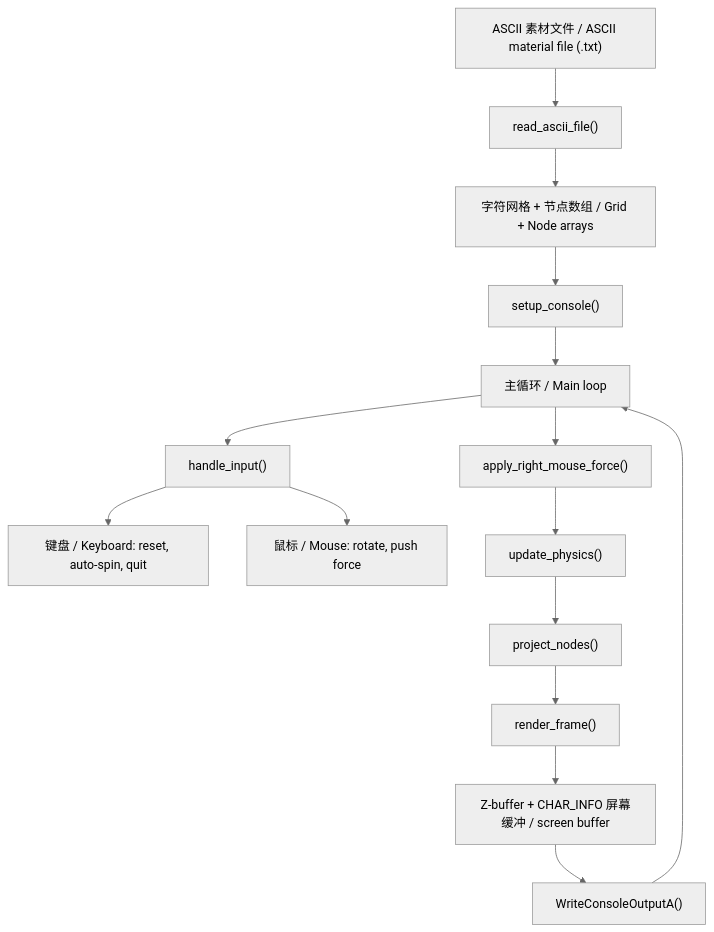
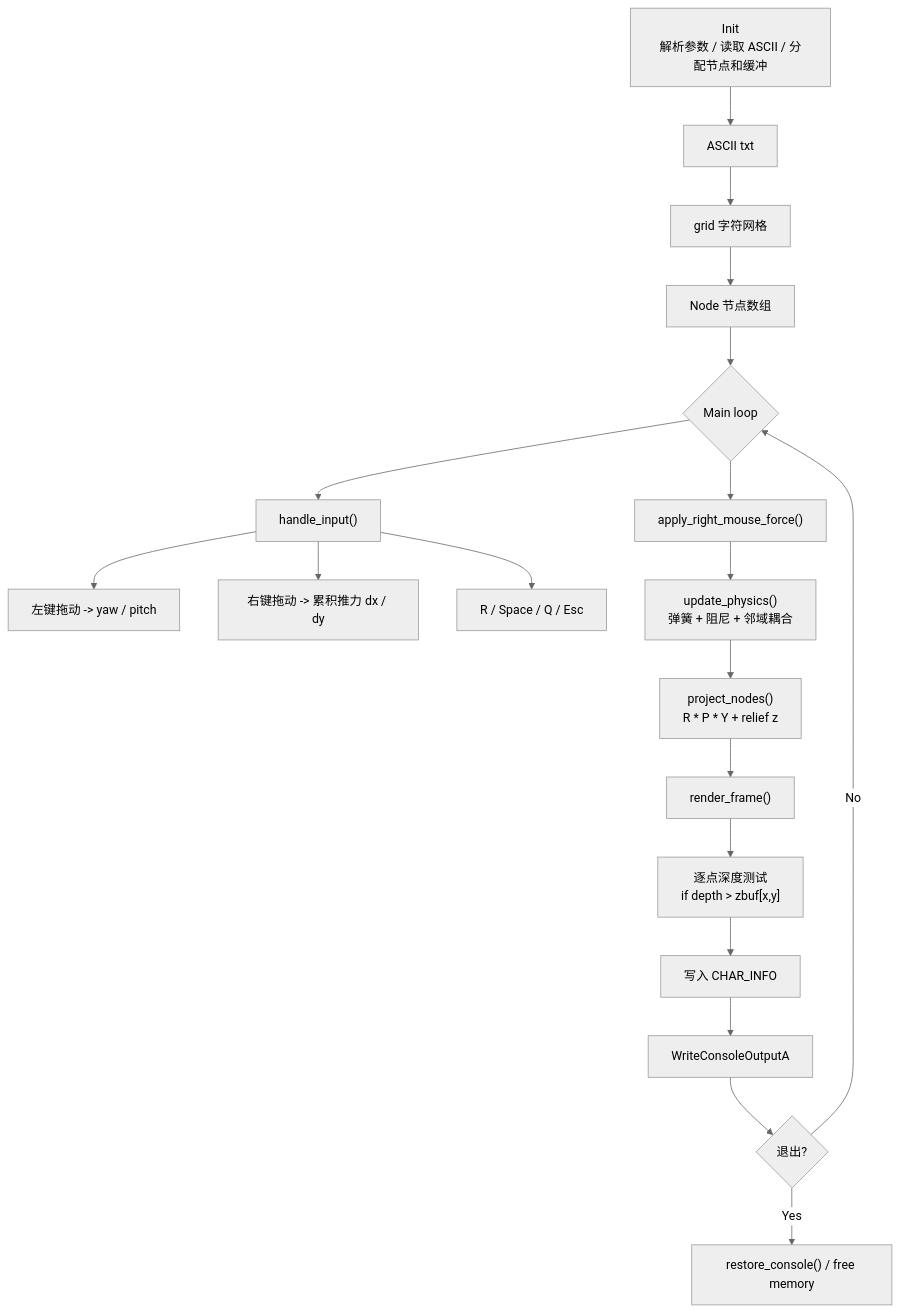
The second of 2 diagrams in README.md (suibosama/ascii-image-rotate-drag-engine), drawn with Mermaid (neutral theme) before and after one commit. The commit also changed other lines of this file and 1 other file, not shown here.

Commit message:
Add big console engine version

````diff
--- a/README.md
+++ b/README.md
@@ -90,19 +142,23 @@
 ```mermaid
 flowchart TD
-    A["ASCII 素材文件 / ASCII material file (.txt)"] --> B["read_ascii_file()"]
-    B --> C["字符网格 + 节点数组 / Grid + Node arrays"]
-    C --> D["setup_console()"]
-    D --> E["主循环 / Main loop"]
+    A["Init\n解析参数 / 读取 ASCII / 分配节点和缓冲"] --> B["ASCII txt"]
+    B --> C["grid 字符网格"]
+    C --> D["Node 节点数组"]
+    D --> E{"Main loop"}
 
     E --> F["handle_input()"]
-    F --> F1["键盘 / Keyboard: reset, auto-spin, quit"]
-    F --> F2["鼠标 / Mouse: rotate, push force"]
+    F --> F1["左键拖动 -> yaw / pitch"]
+    F --> F2["右键拖动 -> 累积推力 dx / dy"]
+    F --> F3["R / Space / Q / Esc"]
 
     E --> G["apply_right_mouse_force()"]
-    G --> H["update_physics()"]
-    H --> I["project_nodes()"]
+    G --> H["update_physics()\n弹簧 + 阻尼 + 邻域耦合"]
+    H --> I["project_nodes()\nR * P * Y + relief z"]
     I --> J["render_frame()"]
-    J --> K["Z-buffer + CHAR_INFO 屏幕缓冲 / screen buffer"]
-    K --> L["WriteConsoleOutputA()"]
-    L --> E
+    J --> K["逐点深度测试\nif depth > zbuf[x,y]"]
+    K --> L["写入 CHAR_INFO"]
+    L --> M["WriteConsoleOutputA"]
+    M --> N{"退出?"}
+    N -- "No" --> E
+    N -- "Yes" --> O["restore_console() / free memory"]
 ```
````
